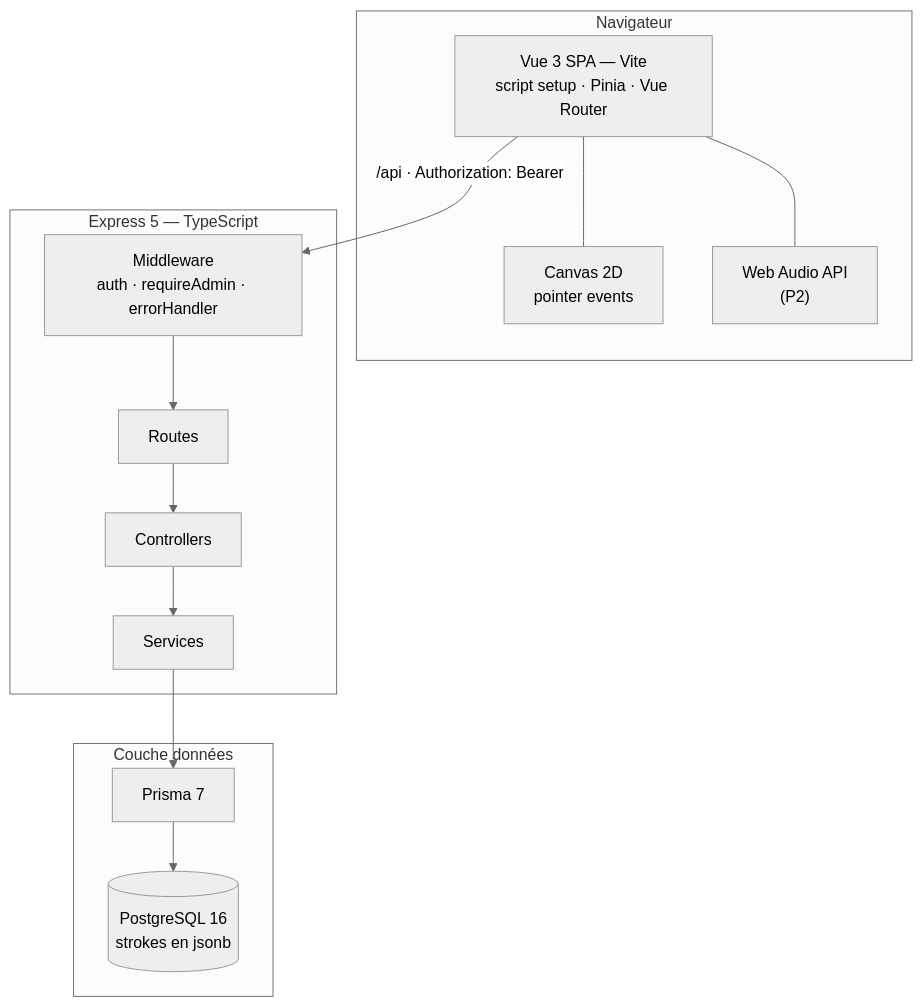
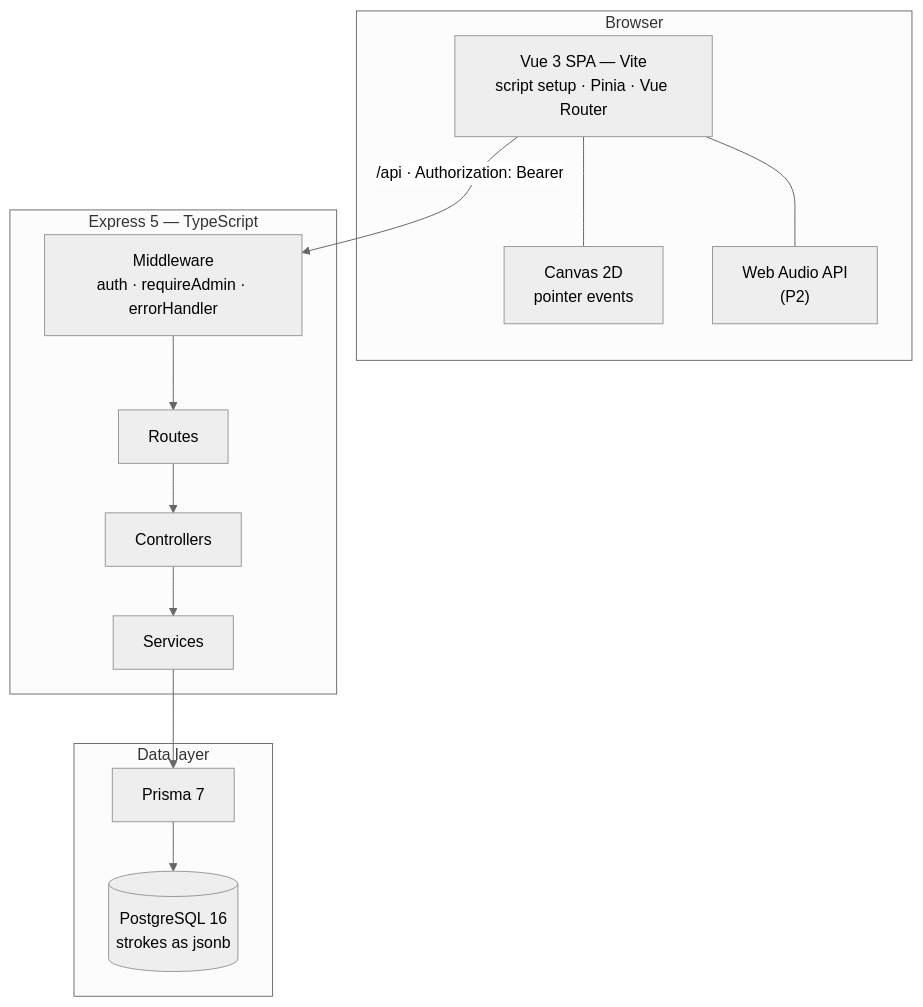
One commit to quentinplet/SonicLight-test-technique changed the second of 4 diagrams in context/project-overview.md. Above: the diagram before and after it, drawn with Mermaid (neutral theme). The commit also changed other lines of this file and 11 other files, not shown here.

````diff
--- a/context/project-overview.md
+++ b/context/project-overview.md
@@ -346,25 +338,25 @@
 ```mermaid
 flowchart TB
-    subgraph Client["Navigateur"]
+    subgraph Client["Browser"]
         UI["Vue 3 SPA — Vite<br/>script setup · Pinia · Vue Router"]
         CV["Canvas 2D<br/>pointer events"]
         WA["Web Audio API<br/>(P2)"]
         UI --- CV
         UI --- WA
     end
 
     subgraph API["Express 5 — TypeScript"]
         MW["Middleware<br/>auth · requireAdmin · errorHandler"]
         RT["Routes"]
         CTRL["Controllers"]
         SVC["Services"]
     end
 
-    subgraph Data["Couche données"]
+    subgraph Data["Data layer"]
         PR["Prisma 7"]
-        PG[("PostgreSQL 16<br/>strokes en jsonb")]
+        PG[("PostgreSQL 16<br/>strokes as jsonb")]
     end
 
     UI -->|"/api · Authorization: Bearer"| MW
     MW --> RT --> CTRL --> SVC --> PR --> PG
 ```
````
